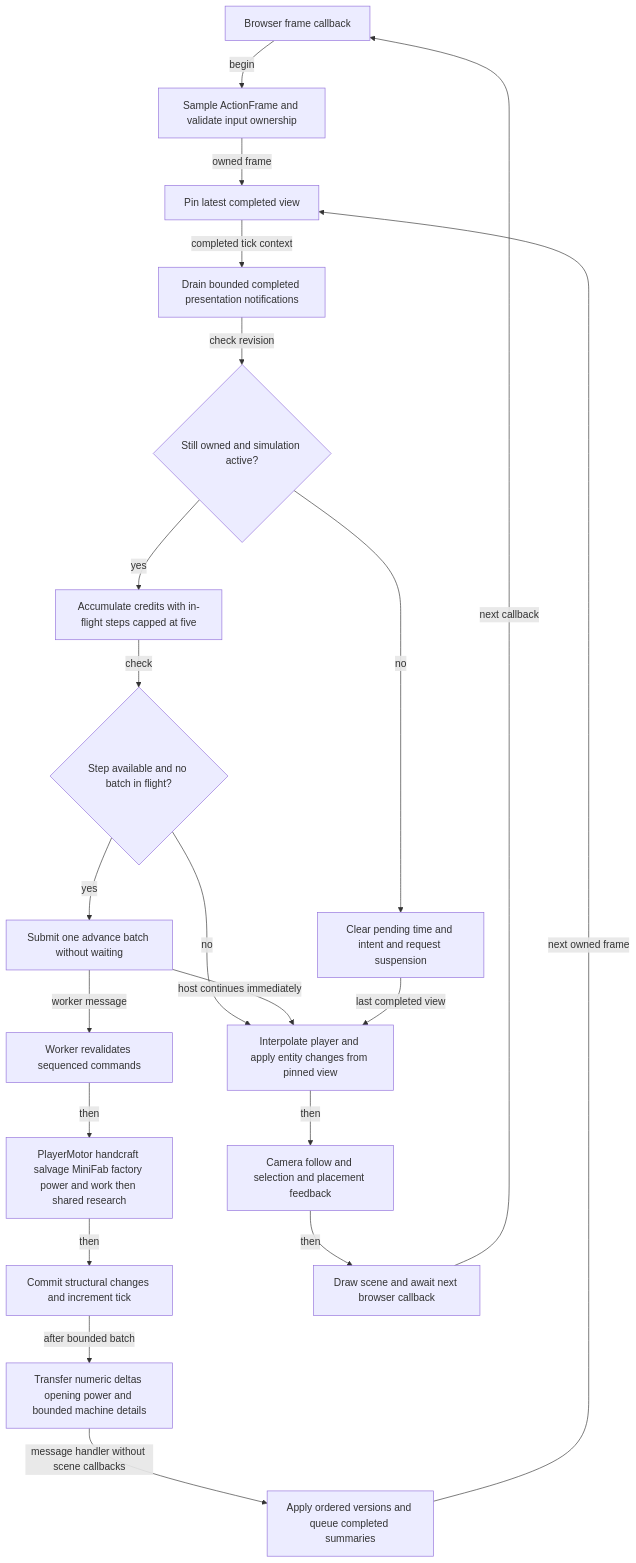
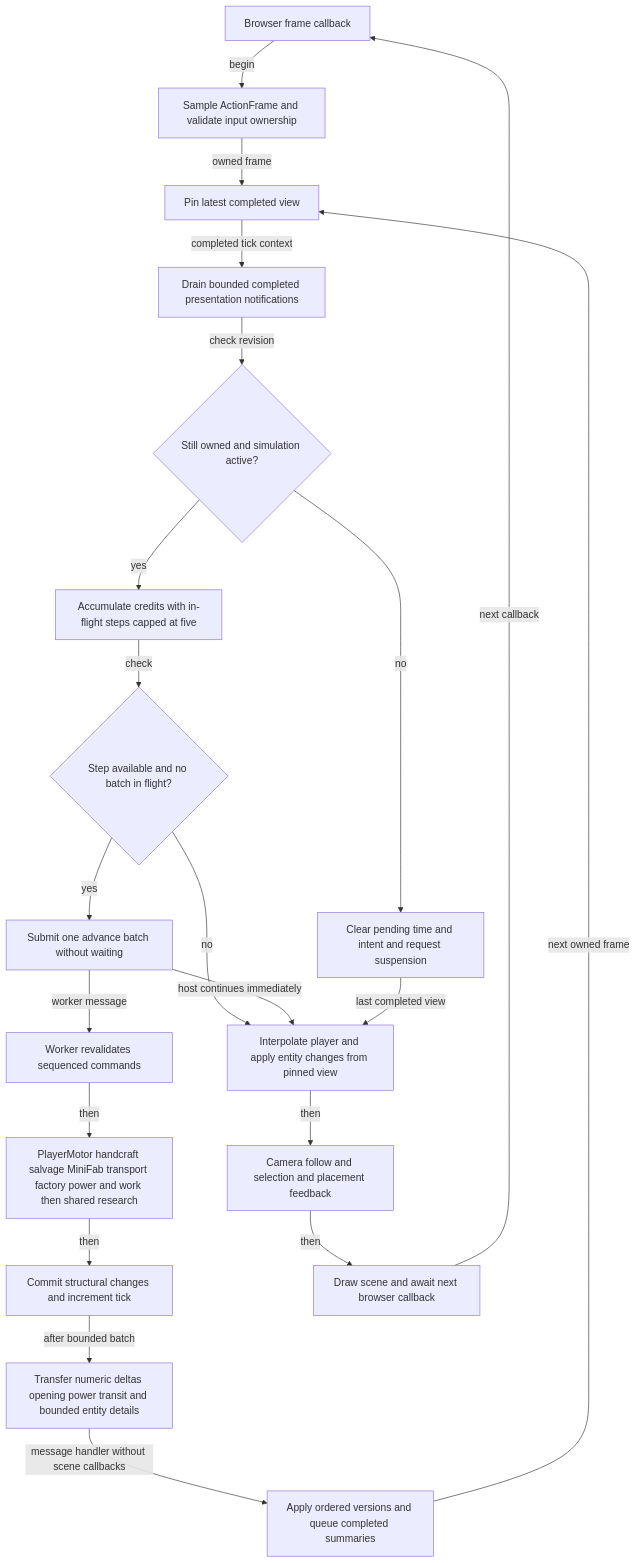
The diagram in docs/diagrams/src/fixed-step-loop.mmd (Googlproxer/Scrapworks), drawn with Mermaid before and after one commit. The commit also changed 289 other files, not shown here.

```diff
--- a/docs/diagrams/src/fixed-step-loop.mmd
+++ b/docs/diagrams/src/fixed-step-loop.mmd
@@ -1,38 +1,38 @@
 flowchart TB
     Frame[Browser frame callback]
     Input[Sample ActionFrame and validate input ownership]
     Pin[Pin latest completed view]
     Hooks[Drain bounded completed presentation notifications]
     Active{Still owned and simulation active?}
     Pause[Clear pending time and intent and request suspension]
     Credits[Accumulate credits with in-flight steps capped at five]
     Available{Step available and no batch in flight?}
     Send[Submit one advance batch without waiting]
     Commands[Worker revalidates sequenced commands]
-    Systems[PlayerMotor handcraft salvage MiniFab factory power and work then shared research]
+    Systems[PlayerMotor handcraft salvage MiniFab transport factory power and work then shared research]
     Commit[Commit structural changes and increment tick]
-    Publish[Transfer numeric deltas opening power and bounded machine details]
+    Publish[Transfer numeric deltas opening power transit and bounded entity details]
     Cache[Apply ordered versions and queue completed summaries]
     Present[Interpolate player and apply entity changes from pinned view]
     Feedback[Camera follow and selection and placement feedback]
     Draw[Draw scene and await next browser callback]
     Frame -->|begin| Input
     Input -->|owned frame| Pin
     Pin -->|completed tick context| Hooks
     Hooks -->|check revision| Active
     Active -->|no| Pause
     Active -->|yes| Credits
     Credits -->|check| Available
     Available -->|yes| Send
     Send -->|worker message| Commands
     Commands -->|then| Systems
     Systems -->|then| Commit
     Commit -->|after bounded batch| Publish
     Publish -->|message handler without scene callbacks| Cache
     Cache -->|next owned frame| Pin
     Available -->|no| Present
     Send -->|host continues immediately| Present
     Pause -->|last completed view| Present
     Present -->|then| Feedback
     Feedback -->|then| Draw
     Draw -->|next callback| Frame
```
